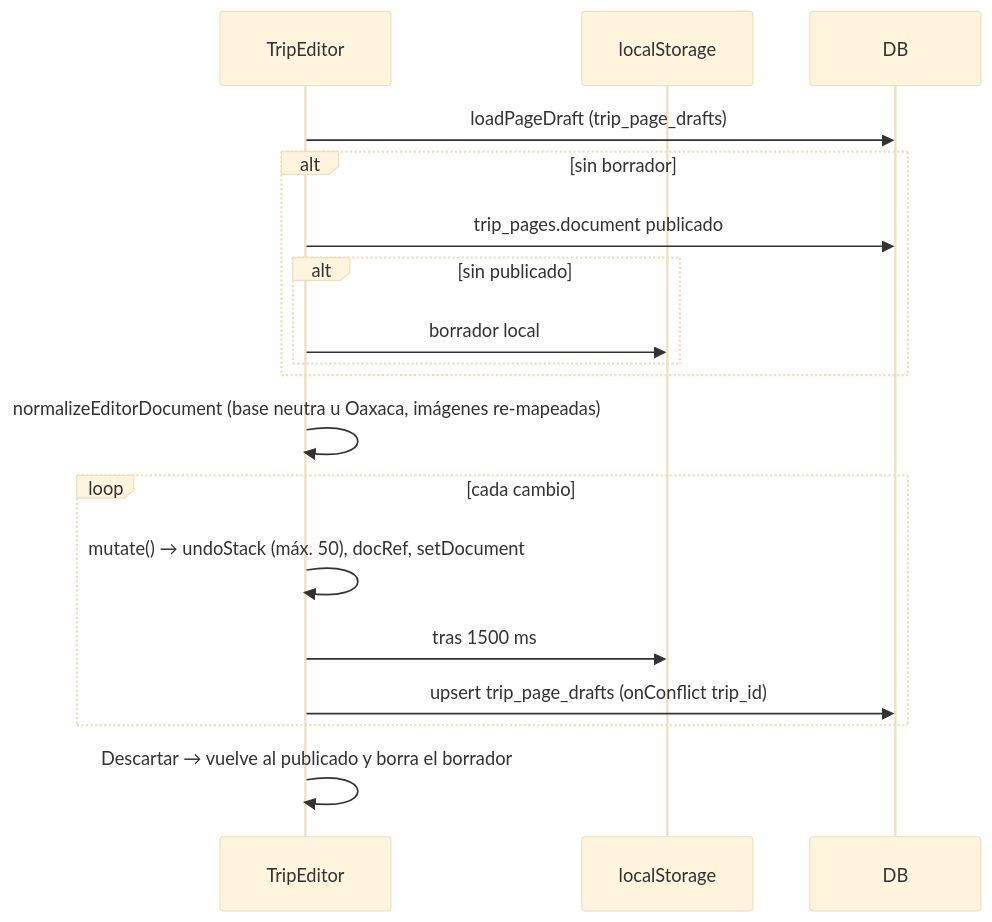
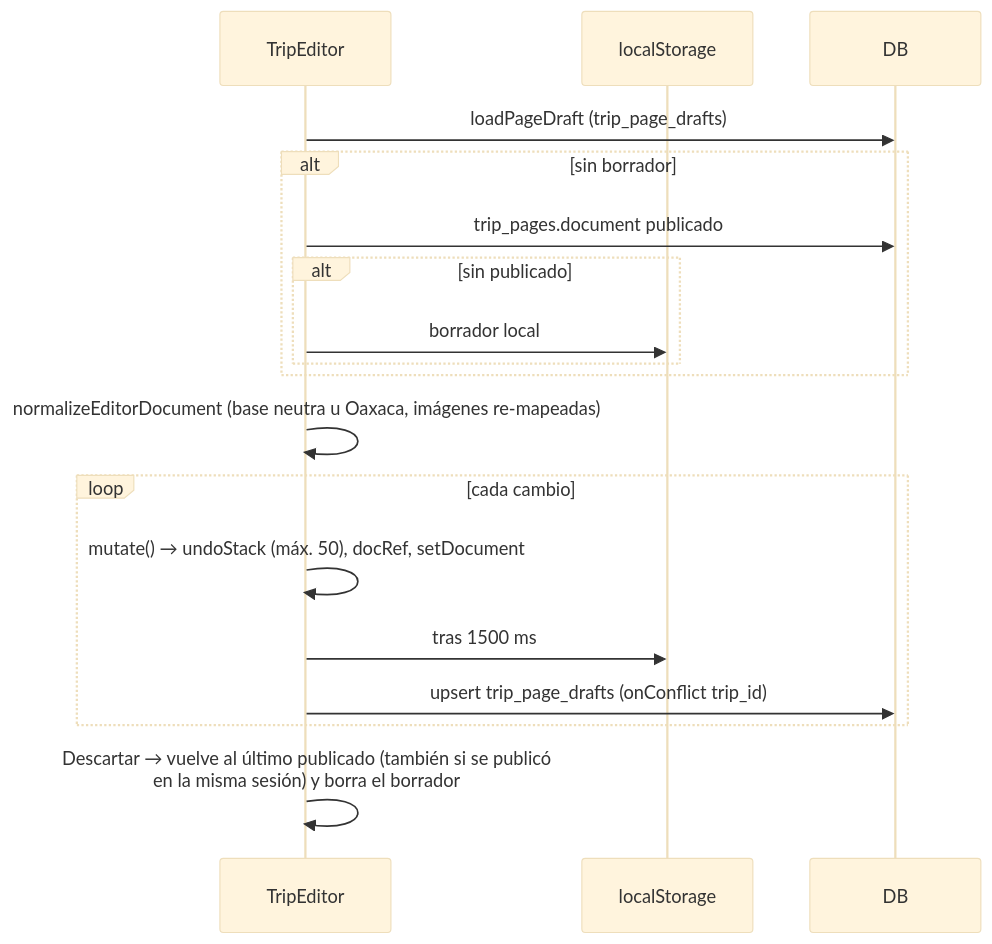
Diagram 13 of 20 in docs/flujos.md (gaby26203/planeii), drawn with Mermaid (base theme) before and after one commit. The commit also changed other lines of this file and 9 other files, not shown here.

````diff
--- a/docs/flujos.md
+++ b/docs/flujos.md
@@ -338,20 +338,20 @@
 ```mermaid
 sequenceDiagram
   participant E as TripEditor
   participant LS as localStorage
   participant DB
   E->>DB: loadPageDraft (trip_page_drafts)
   alt sin borrador
     E->>DB: trip_pages.document publicado
     alt sin publicado
       E->>LS: borrador local
     end
   end
   E->>E: normalizeEditorDocument (base neutra u Oaxaca, imágenes re-mapeadas)
   loop cada cambio
     E->>E: mutate() → undoStack (máx. 50), docRef, setDocument
     E->>LS: tras 1500 ms
     E->>DB: upsert trip_page_drafts (onConflict trip_id)
   end
-  E->>E: Descartar → vuelve al publicado y borra el borrador
+  E->>E: Descartar → vuelve al último publicado (también si se publicó<br/>en la misma sesión) y borra el borrador
 ```
````
